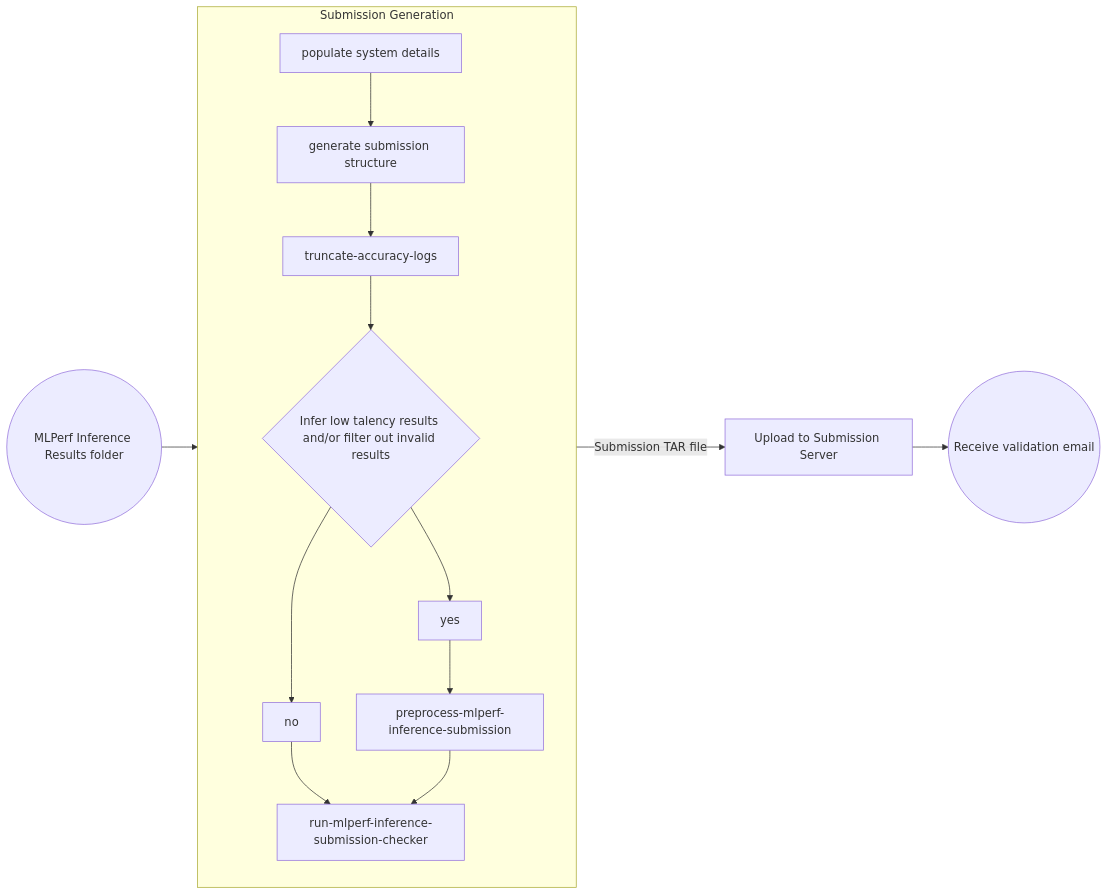
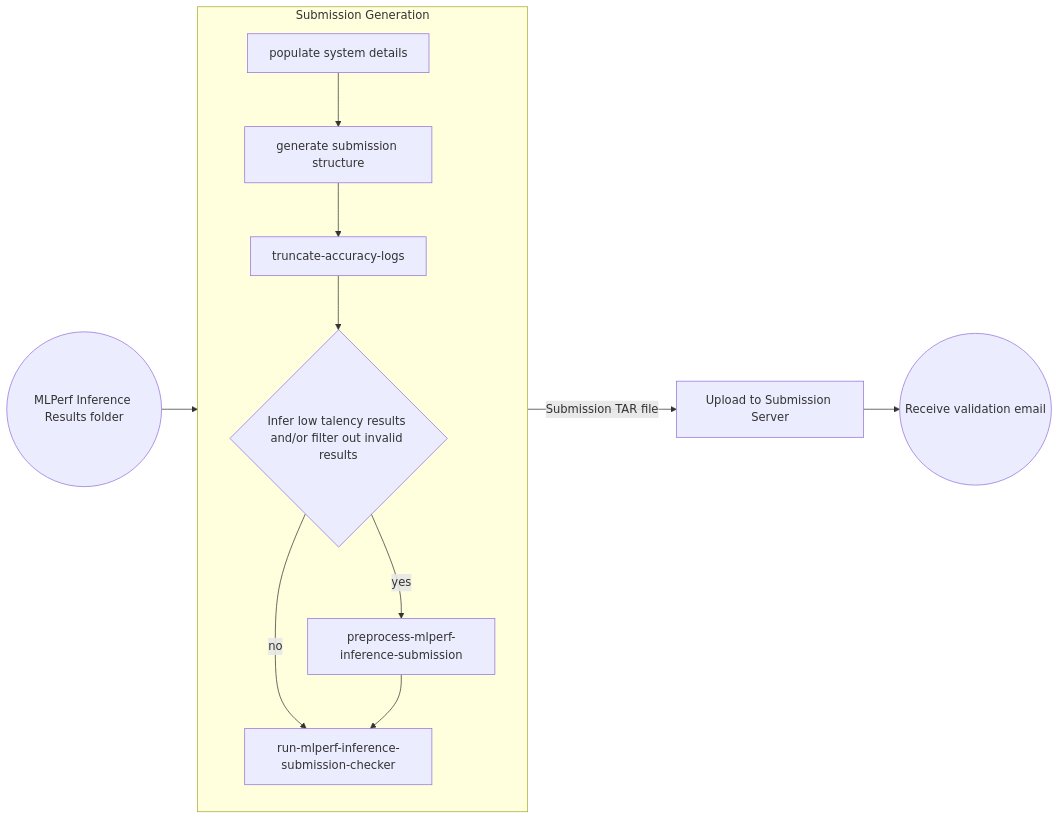
The diagram in docs/submission/index.md (mlcommons/inference), drawn with Mermaid before and after one commit.

````diff
--- a/docs/submission/index.md
+++ b/docs/submission/index.md
@@ -6,16 +6,16 @@
 ```mermaid
 flowchart LR
     classDef hidden fill:none,stroke:none;
     subgraph Generation [Submission Generation]
       direction TB
       A[populate system details] --> B[generate submission structure]
       B --> C[truncate-accuracy-logs]
       C --> D{Infer low talency results and/or filter out invalid results}
-      D --> yes --> E[preprocess-mlperf-inference-submission]
-      D --> no --> F[run-mlperf-inference-submission-checker]
+      D -- yes --> E[preprocess-mlperf-inference-submission]
+      D -- no --> F[run-mlperf-inference-submission-checker]
       E --> F
     end
     Input((MLPerf Inference Results folder)) --> Generation
     Generation --  Submission TAR file --> H[Upload to Submission Server]
     H --> Output((Receive validation email))
 ```
````
